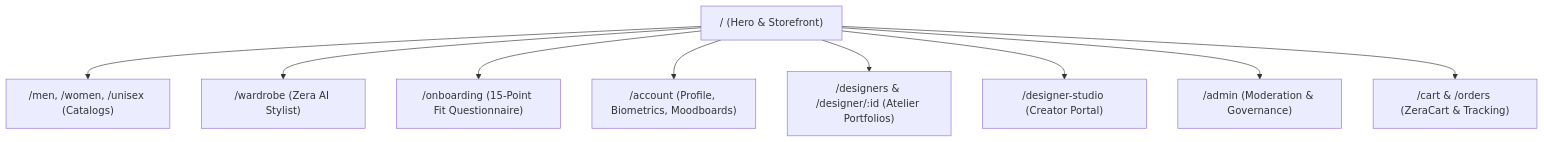
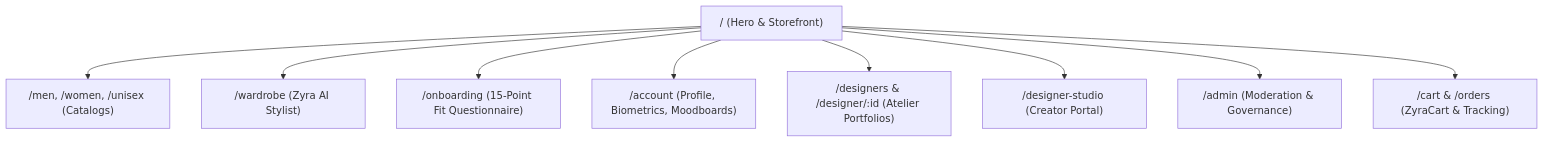
The second of 3 diagrams in weavly-client/LUXZERA/frontend/README.md (Ch-saketh/weavly), drawn with Mermaid before and after one commit. The commit also changed other lines of this file and 4 other files, not shown here.

Commit message:
docs: replace luxzera with weavly and zera with zyra across all READMEs

````diff
--- a/weavly-client/LUXZERA/frontend/README.md
+++ b/weavly-client/LUXZERA/frontend/README.md
@@ -77,12 +77,12 @@
 ```mermaid
 graph TD
     Root["/ (Hero & Storefront)"]
     Root --> Shop["/men, /women, /unisex (Catalogs)"]
-    Root --> Wardrobe["/wardrobe (Zera AI Stylist)"]
+    Root --> Wardrobe["/wardrobe (Zyra AI Stylist)"]
     Root --> Onboarding["/onboarding (15-Point Fit Questionnaire)"]
     Root --> Account["/account (Profile, Biometrics, Moodboards)"]
     Root --> Designers["/designers & /designer/:id (Atelier Portfolios)"]
     Root --> Studio["/designer-studio (Creator Portal)"]
     Root --> Admin["/admin (Moderation & Governance)"]
-    Root --> Cart["/cart & /orders (ZeraCart & Tracking)"]
+    Root --> Cart["/cart & /orders (ZyraCart & Tracking)"]
 ```
````
